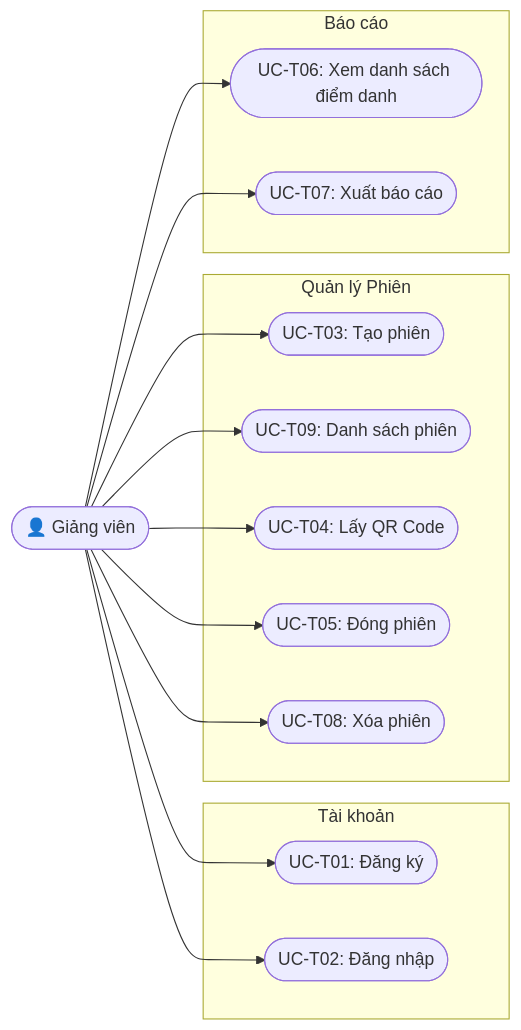
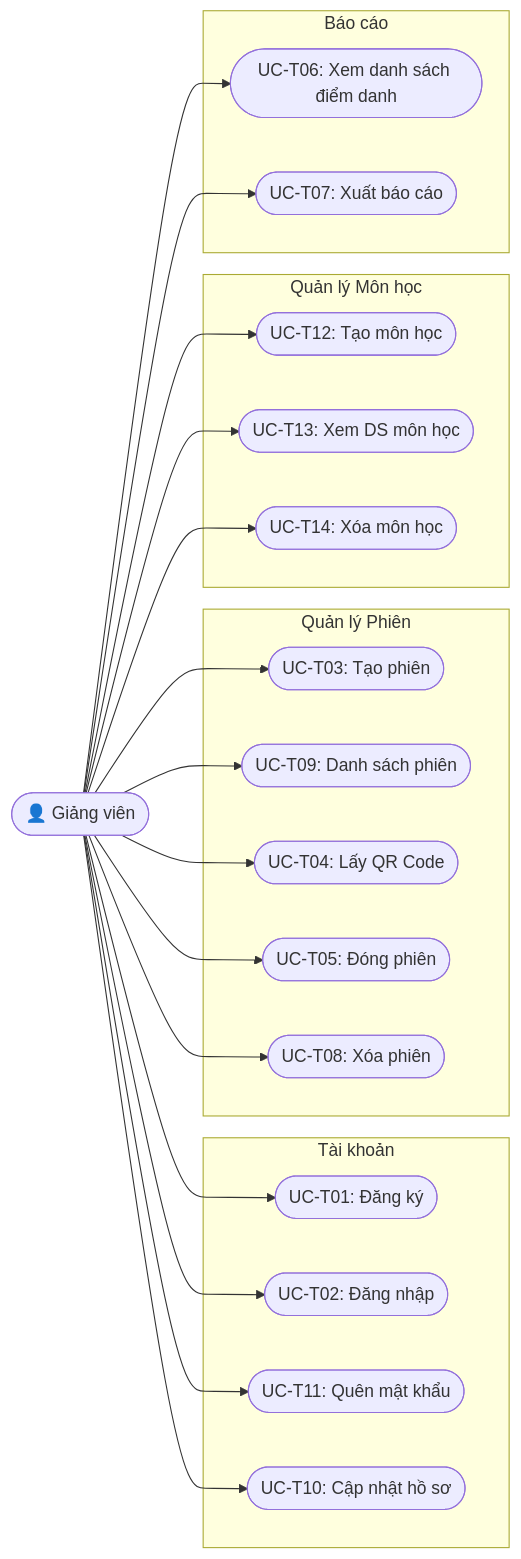
The first of 13 diagrams in docs/SRS.md (kentdoan/qr-attendance), drawn with Mermaid before and after one commit. The commit also changed other lines of this file and 63 other files, not shown here.

````diff
--- a/docs/SRS.md
+++ b/docs/SRS.md
@@ -39,32 +48,45 @@
 ```mermaid
 graph LR
     GV(["👤 Giảng viên"])
 
     subgraph Tài khoản
         UC_T01(["UC-T01: Đăng ký"])
         UC_T02(["UC-T02: Đăng nhập"])
+        UC_T11(["UC-T11: Quên mật khẩu"])
+        UC_T10(["UC-T10: Cập nhật hồ sơ"])
     end
 
     subgraph Quản lý Phiên
         UC_T03(["UC-T03: Tạo phiên"])
         UC_T09(["UC-T09: Danh sách phiên"])
         UC_T04(["UC-T04: Lấy QR Code"])
         UC_T05(["UC-T05: Đóng phiên"])
         UC_T08(["UC-T08: Xóa phiên"])
     end
 
+    subgraph Quản lý Môn học
+        UC_T12(["UC-T12: Tạo môn học"])
+        UC_T13(["UC-T13: Xem DS môn học"])
+        UC_T14(["UC-T14: Xóa môn học"])
+    end
+
     subgraph Báo cáo
         UC_T06(["UC-T06: Xem danh sách điểm danh"])
         UC_T07(["UC-T07: Xuất báo cáo"])
     end
 
     GV --> UC_T01
     GV --> UC_T02
+    GV --> UC_T11
+    GV --> UC_T10
     GV --> UC_T03
     GV --> UC_T04
     GV --> UC_T05
     GV --> UC_T06
     GV --> UC_T07
     GV --> UC_T08
     GV --> UC_T09
+    GV --> UC_T12
+    GV --> UC_T13
+    GV --> UC_T14
 ```
````
